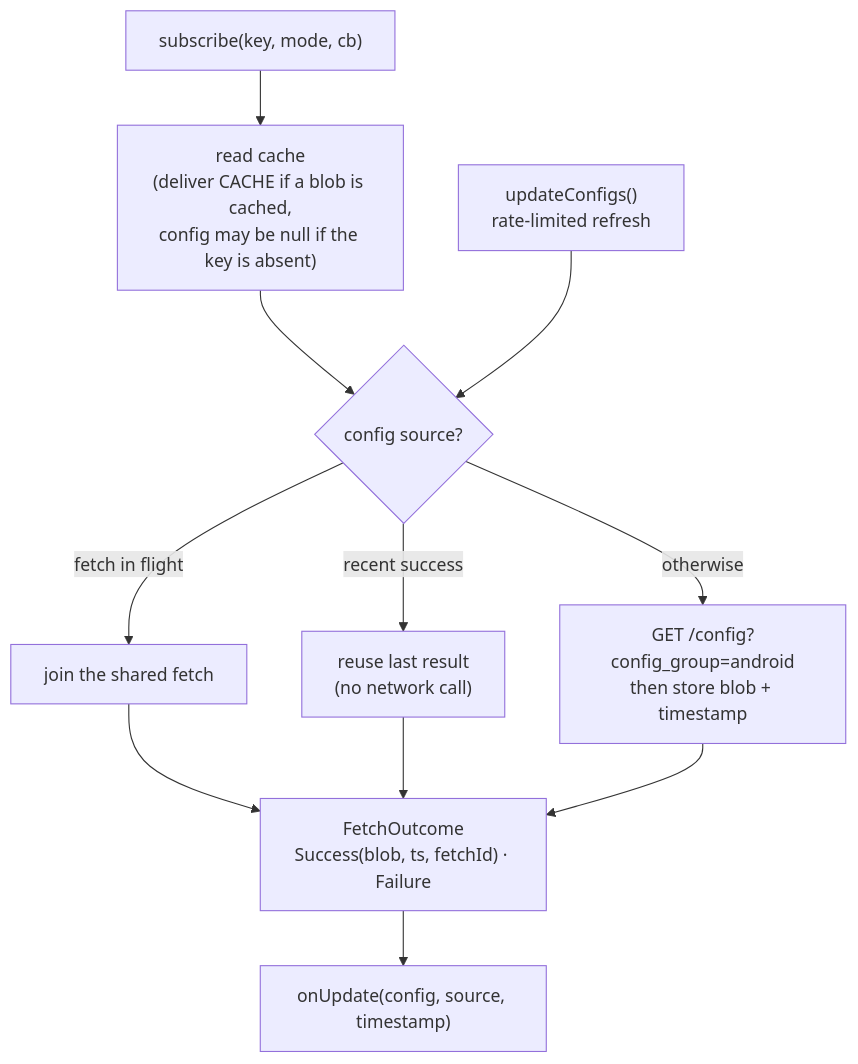
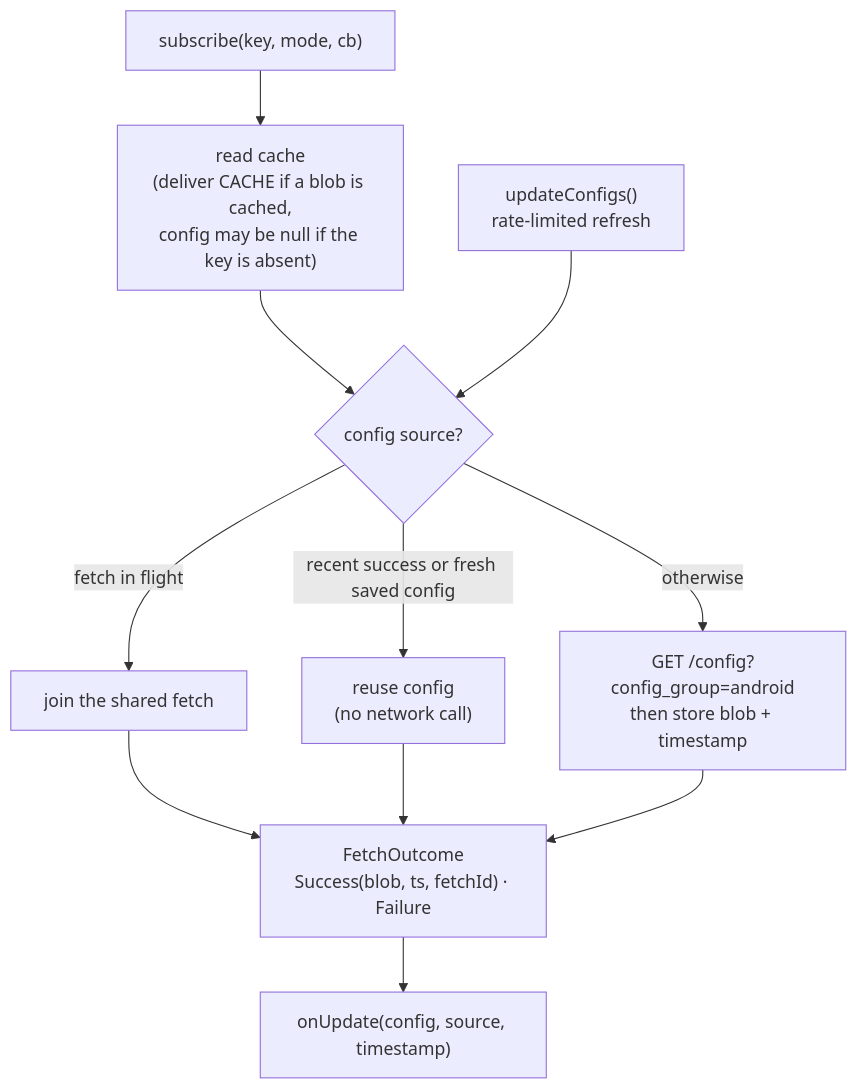
The first of 2 diagrams in analytics-core/src/main/java/com/amplitude/core/remoteconfig/README.md (amplitude/Amplitude-Kotlin), drawn with Mermaid before and after one commit. The commit also changed other lines of this file and 4 other files, not shown here.

````diff
--- a/analytics-core/src/main/java/com/amplitude/core/remoteconfig/README.md
+++ b/analytics-core/src/main/java/com/amplitude/core/remoteconfig/README.md
@@ -56,16 +62,16 @@
 ```mermaid
 flowchart TD
     SUB["subscribe(key, mode, cb)"] --> CACHE["read cache<br/>(deliver CACHE if a blob is cached,<br/>config may be null if the key is absent)"]
     CACHE --> SRC
     REFRESH["updateConfigs()<br/>rate-limited refresh"] --> SRC
 
     SRC{"config source?"}
     SRC -->|"fetch in flight"| JOIN["join the shared fetch"]
-    SRC -->|"recent success"| REUSE["reuse last result<br/>(no network call)"]
+    SRC -->|"recent success or fresh saved config"| REUSE["reuse config<br/>(no network call)"]
     SRC -->|"otherwise"| FETCH["GET /config?config_group=android<br/>then store blob + timestamp"]
 
     JOIN --> OUT["FetchOutcome<br/>Success(blob, ts, fetchId) · Failure"]
     REUSE --> OUT
     FETCH --> OUT
     OUT --> CB["onUpdate(config, source, timestamp)"]
 ```
````
